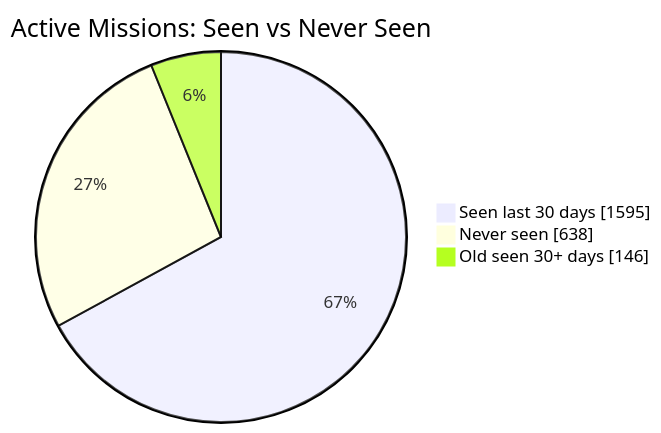
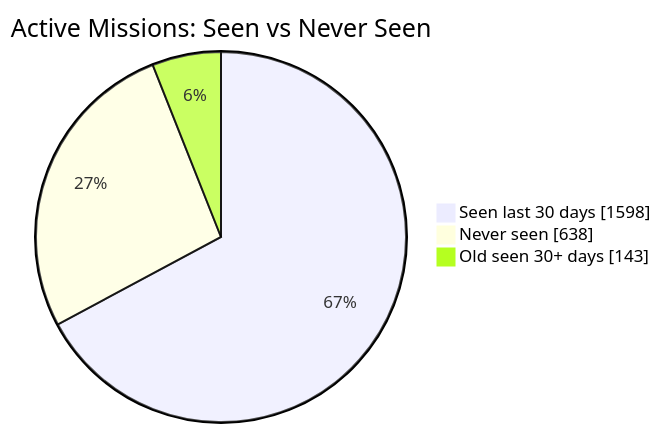
Before and after one commit to MeldkamerspelGameTeam/active-missions: the first of 2 diagrams in README.md, drawn with Mermaid. The commit also changed other lines of this file and 2 other files, not shown here.

````diff
--- a/README.md
+++ b/README.md
@@ -34,7 +34,7 @@
 ```mermaid
 pie showData
     title Active Missions: Seen vs Never Seen
-    "Seen last 30 days" : 1595
+    "Seen last 30 days" : 1598
     "Never seen" : 638
-    "Old seen 30+ days" : 146
+    "Old seen 30+ days" : 143
 ```
````
